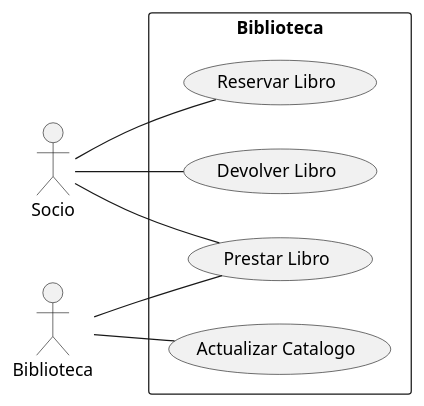
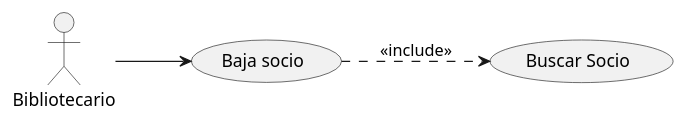
The diagram in casosdeusoII.puml (sandrasd89/casosdeusoII), drawn with PlantUML before and after one commit.

Commit message:
Ej baja socio

```diff
--- a/casosdeusoII.puml
+++ b/casosdeusoII.puml
@@ -1,17 +1,12 @@
 @startuml
 
 left to right direction
 
-:Socio: as s
-:Biblioteca: as b
+:Bibliotecario: --> (Baja socio)
+(Baja socio) ..> (Buscar Socio) : <<include>>
 
-rectangle Biblioteca{
-s -- (Reservar Libro)
-s -- (Prestar Libro)
-s -- (Devolver Libro)
-b -- (Prestar Libro)
-b -- (Actualizar Catalogo)
-}
+
+
 
 
 @enduml
```
